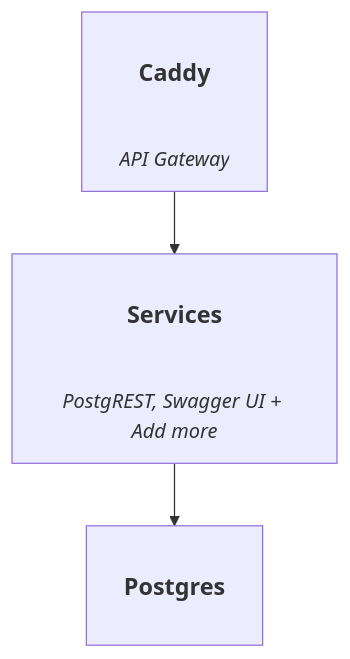
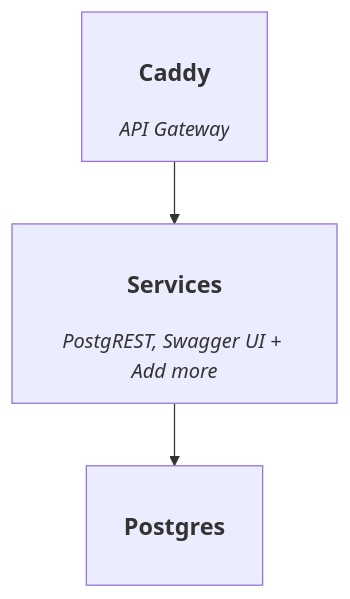
Before and after one commit to explodinglabs/superstack: the diagram in README.md, drawn with Mermaid.

Commit message:
Adjust architecture

````diff
--- a/README.md
+++ b/README.md
@@ -14,6 +14,6 @@
 ```mermaid
 flowchart TD
-    Caddy["<h3>Caddy</h3><br><i>API Gateway<i>"]
-    Caddy --> Middleware["<h3>Services</h3><br><i>PostgREST, Swagger UI + Add more</i>"]
+    Caddy["<h3>Caddy</h3><i>API Gateway<i>"]
+    Caddy --> Middleware["<h3>Services</h3><i>PostgREST, Swagger UI + Add more</i>"]
     Middleware --> Postgres["<h3>Postgres</h3>"]
 ```
````
